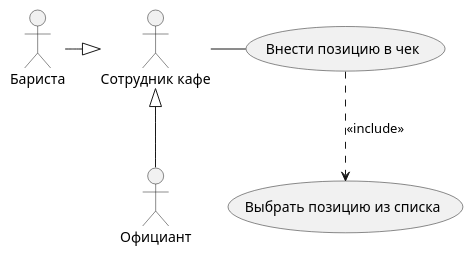
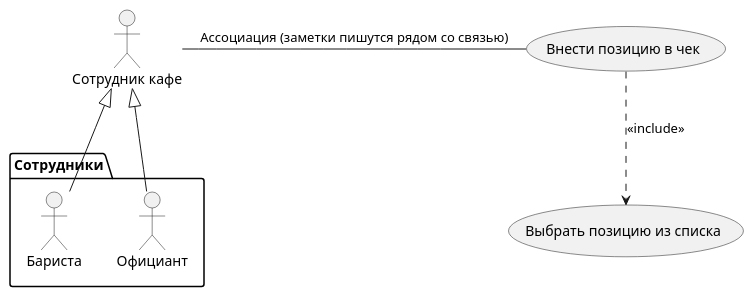
Before and after one commit to PopkovAYu/Notes: the fifth of 5 diagrams in Notes/Notes/Системная аналитика/Курсы от нетологии/Раздел 3. Анализ требований/7. Диаграмма вариантов использования.md, drawn with PlantUML. The commit also changed other lines of this file, not shown here.

Commit message:
vault backup: 2024-04-23 13:46:57
Affected files:
Notes/Notes/Системная аналитика/Курсы от нетологии/Раздел 3. Анализ требований/7. Диаграмма вариантов использования.md

````diff
--- a/Notes/Notes/Системная аналитика/Курсы от нетологии/Раздел 3. Анализ требований/7. Диаграмма вариантов использования.md
+++ b/Notes/Notes/Системная аналитика/Курсы от нетологии/Раздел 3. Анализ требований/7. Диаграмма вариантов использования.md
@@ -34,10 +34,15 @@
 ```plantuml
 @startuml
+package Сотрудники {
+	actor Бариста
+	actor Официант
+}
+
 :Сотрудник кафе: <|-left- :Бариста:
 :Сотрудник кафе: <|-down- :Официант:
-:Сотрудник кафе: -right- (Внести позицию в чек)
+:Сотрудник кафе: -right- (Внести позицию в чек): Ассоциация (заметки пишутся рядом со связью)
 (Внести позицию в чек) .down.> (Выбрать позицию из списка) : <<include>>
 
 
 @enduml
 ```
````
